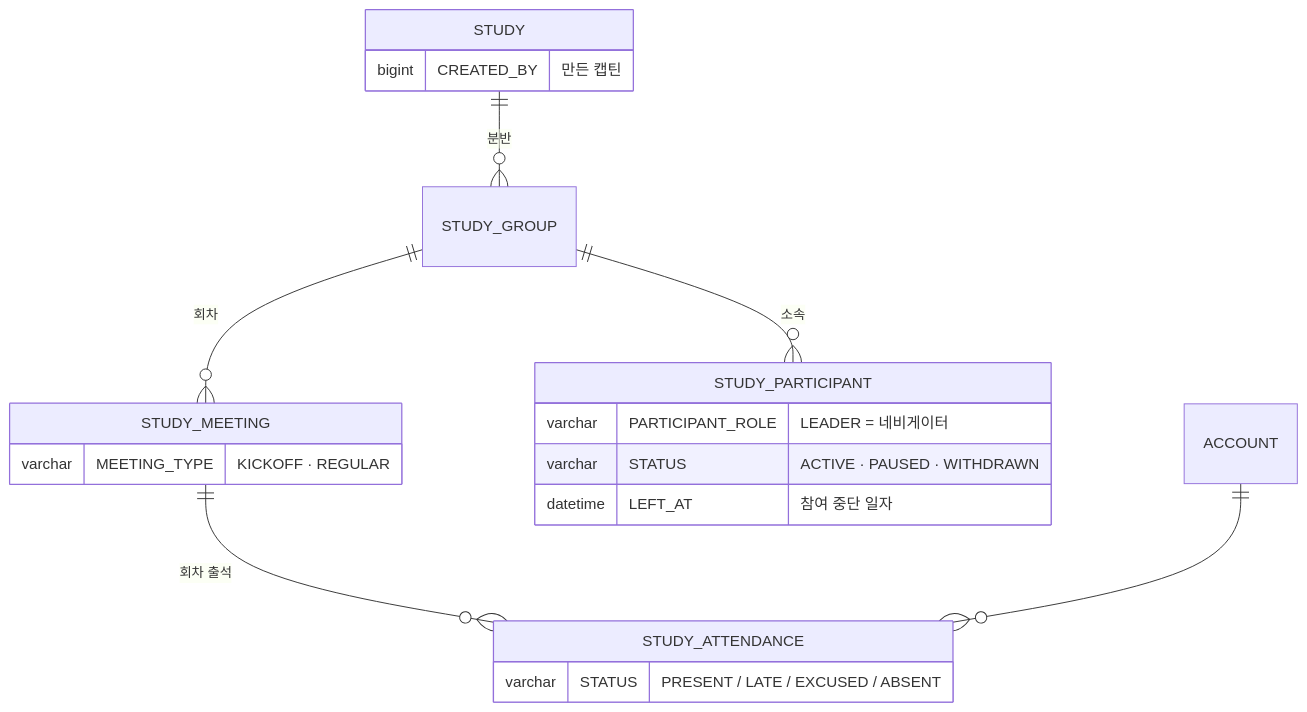
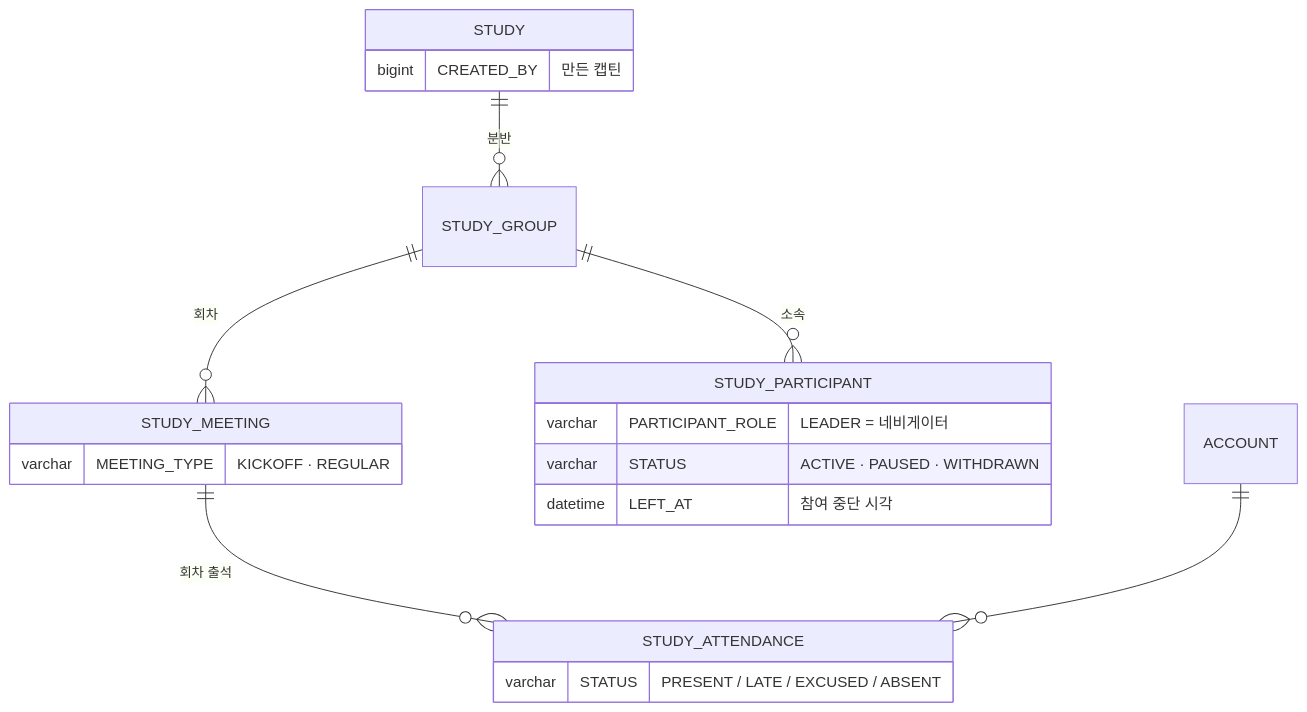
The second of 2 diagrams in 01-planning/stories/navigator-edit-attendance/PRD.md (StudyClub-PlusPlus/studyclub-engineering), drawn with Mermaid before and after one commit. The commit also changed other lines of this file and 12 other files, not shown here.

````diff
--- a/01-planning/stories/navigator-edit-attendance/PRD.md
+++ b/01-planning/stories/navigator-edit-attendance/PRD.md
@@ -119,22 +119,22 @@
 ```mermaid
 erDiagram
   STUDY ||--o{ STUDY_GROUP : "분반"
   STUDY_GROUP ||--o{ STUDY_MEETING : "회차"
   STUDY_GROUP ||--o{ STUDY_PARTICIPANT : "소속"
   STUDY_MEETING ||--o{ STUDY_ATTENDANCE : "회차 출석"
   ACCOUNT ||--o{ STUDY_ATTENDANCE : ""
   STUDY {
     bigint CREATED_BY "만든 캡틴"
   }
   STUDY_MEETING {
     varchar MEETING_TYPE "KICKOFF · REGULAR"
   }
   STUDY_ATTENDANCE {
     varchar STATUS "PRESENT / LATE / EXCUSED / ABSENT"
   }
   STUDY_PARTICIPANT {
     varchar PARTICIPANT_ROLE "LEADER = 네비게이터"
     varchar STATUS "ACTIVE · PAUSED · WITHDRAWN"
-    datetime LEFT_AT "참여 중단 일자"
+    datetime LEFT_AT "참여 중단 시각"
   }
 ```
````
